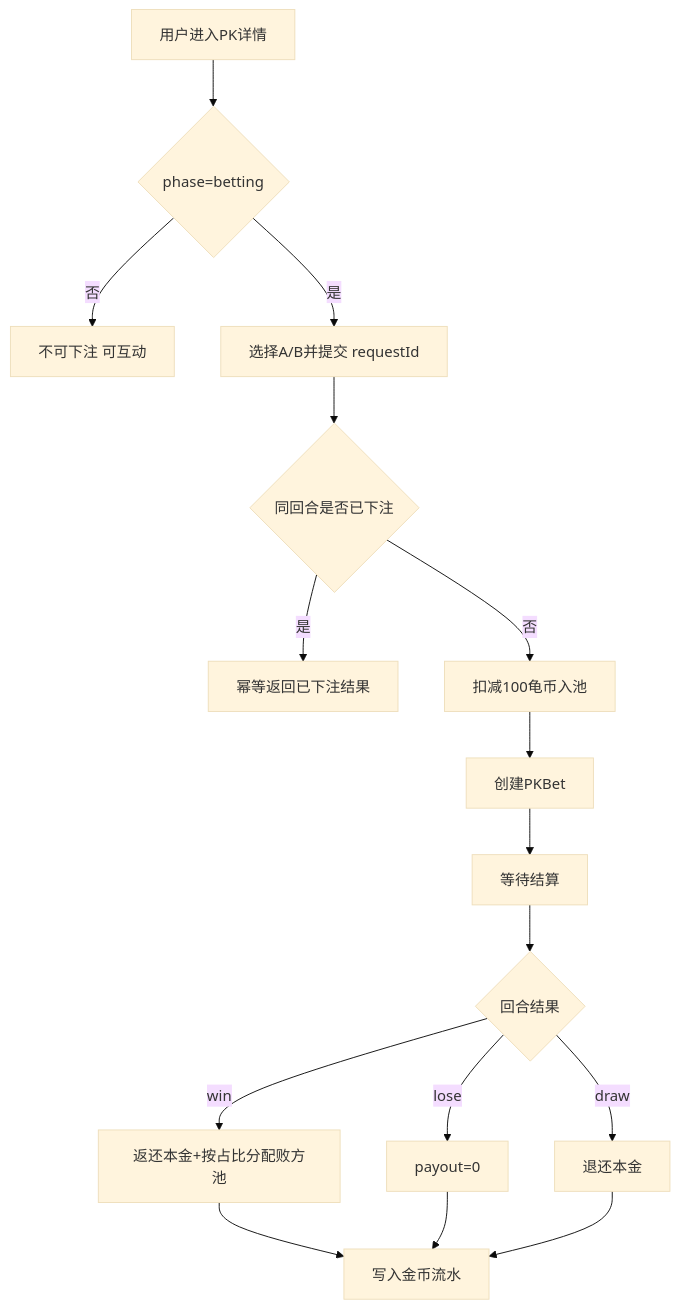
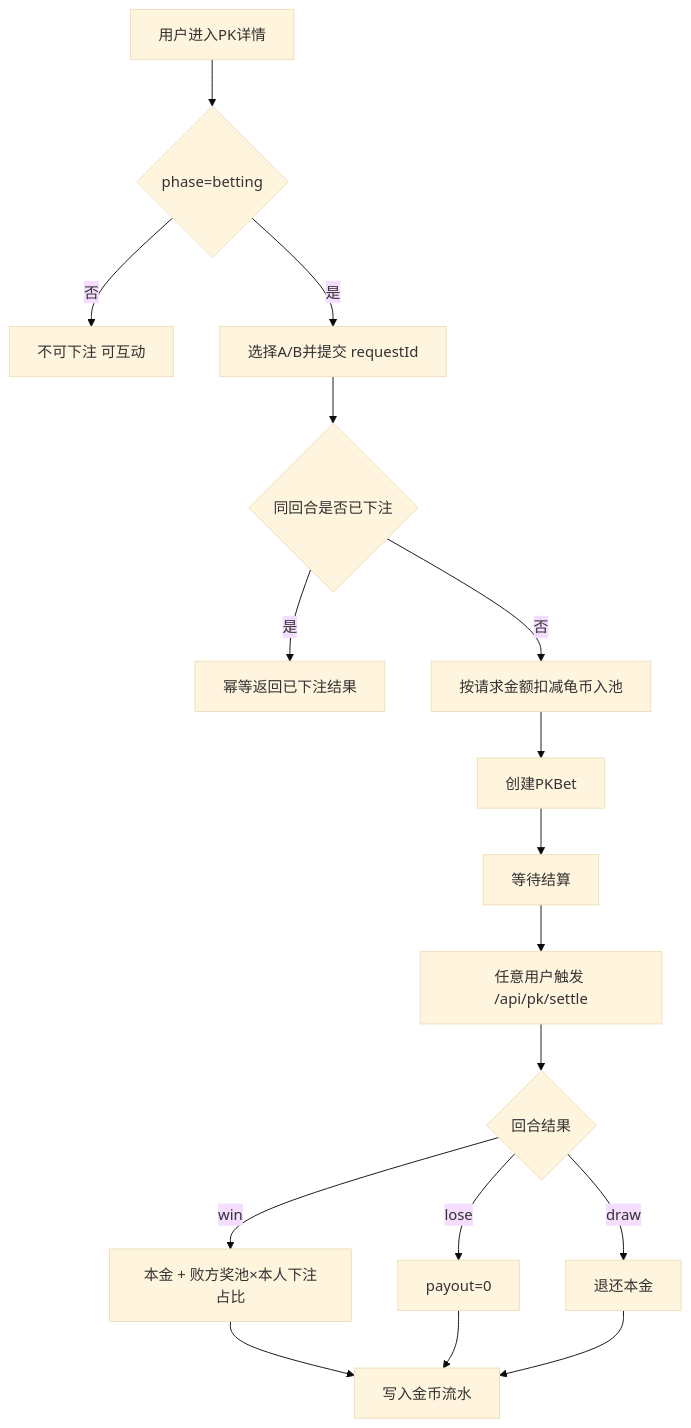
Before and after one commit to maoshuo1988/turtlepoll: the third of 6 diagrams in prompt/project/对立PK/01-流程图.md, drawn with Mermaid (base theme). The commit also changed other lines of this file and 40 other files, not shown here.

````diff
--- a/prompt/project/对立PK/01-流程图.md
+++ b/prompt/project/对立PK/01-流程图.md
@@ -58,18 +61,19 @@
 ```mermaid
 flowchart TD
   A[用户进入PK详情] --> B{phase=betting}
   B -->|否| C[不可下注 可互动]
   B -->|是| D[选择A/B并提交 requestId]
   D --> E{同回合是否已下注}
   E -->|是| F[幂等返回已下注结果]
-  E -->|否| G[扣减100龟币入池]
+  E -->|否| G[按请求金额扣减龟币入池]
   G --> H[创建PKBet]
   H --> I[等待结算]
-  I --> J{回合结果}
-  J -->|win| K[返还本金+按占比分配败方池]
-  J -->|lose| L[payout=0]
-  J -->|draw| M[退还本金]
-  K --> N[写入金币流水]
-  L --> N
-  M --> N
+  I --> J[任意用户触发 /api/pk/settle]
+  J --> K{回合结果}
+  K -->|win| L[本金 + 败方奖池×本人下注占比]
+  K -->|lose| M[payout=0]
+  K -->|draw| N[退还本金]
+  L --> O[写入金币流水]
+  M --> O
+  N --> O
 ```
````
